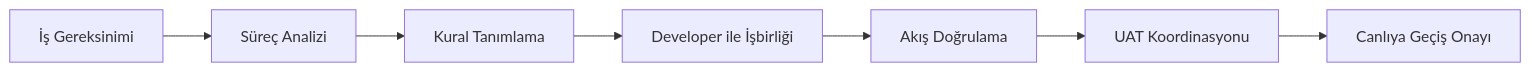
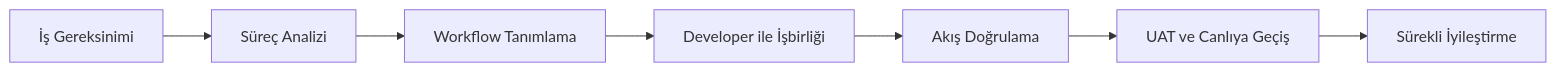
Before and after one commit to burgan-tech/vnext-docs: the third of 5 diagrams in product/personas/index.md, drawn with Mermaid. The commit also changed other lines of this file and 14 other files, not shown here.

````diff
--- a/product/personas/index.md
+++ b/product/personas/index.md
@@ -91,9 +80,9 @@
 ```mermaid
 graph LR
     A[İş Gereksinimi] --> B[Süreç Analizi]
-    B --> C[Kural Tanımlama]
+    B --> C[Workflow Tanımlama]
     C --> D[Developer ile İşbirliği]
     D --> E[Akış Doğrulama]
-    E --> F[UAT Koordinasyonu]
-    F --> G[Canlıya Geçiş Onayı]
+    E --> F[UAT ve Canlıya Geçiş]
+    F --> G[Sürekli İyileştirme]
 ```
````
